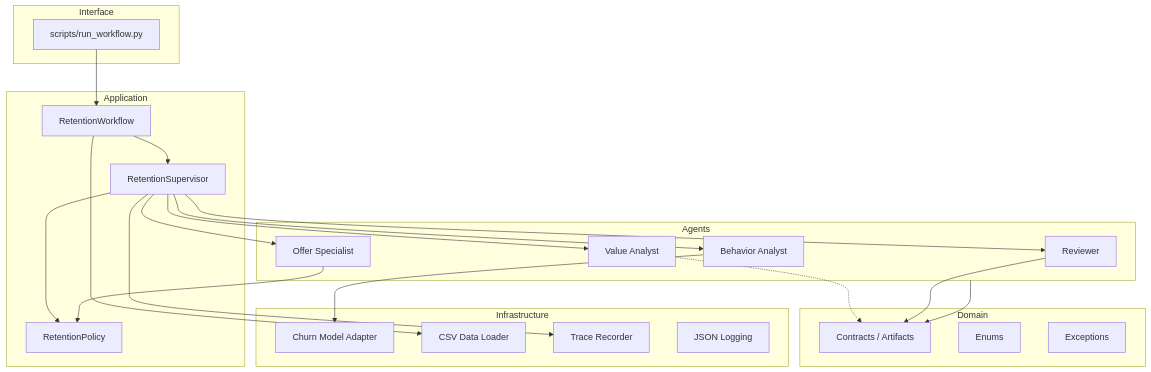
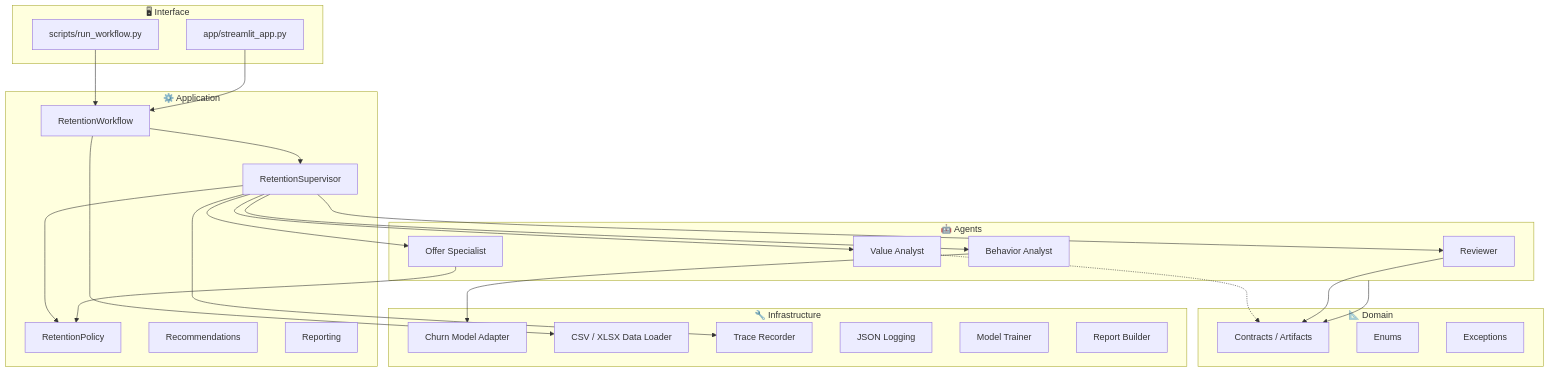
One commit to JoseDarioHernandez2/Stay_MultiAgent changed the first of 4 diagrams in README.md. Above: the diagram before and after it, drawn with Mermaid. The commit also changed other lines of this file and 1 other file, not shown here.

````diff
--- a/README.md
+++ b/README.md
@@ -31,38 +153,45 @@
 ```mermaid
 flowchart TD
-    subgraph interface[Interface]
-        CLI[scripts/run_workflow.py]
+    subgraph interface["🖥 Interface"]
+        CLI["scripts/run_workflow.py"]
+        UI["app/streamlit_app.py"]
     end
-    subgraph application[Application]
-        WF[RetentionWorkflow]
-        SUP[RetentionSupervisor]
-        POL[RetentionPolicy]
+    subgraph application["⚙️ Application"]
+        WF["RetentionWorkflow"]
+        SUP["RetentionSupervisor"]
+        POL["RetentionPolicy"]
+        REC["Recommendations"]
+        REP["Reporting"]
     end
-    subgraph agents[Agents]
-        BA[Behavior Analyst]
-        VA[Value Analyst]
-        OS[Offer Specialist]
-        RV[Reviewer]
+    subgraph agents["🤖 Agents"]
+        BA["Behavior Analyst"]
+        VA["Value Analyst"]
+        OS["Offer Specialist"]
+        RV["Reviewer"]
     end
-    subgraph domain[Domain]
-        CON[Contracts / Artifacts]
-        ENU[Enums]
-        EXC[Exceptions]
+    subgraph domain["📐 Domain"]
+        CON["Contracts / Artifacts"]
+        ENU["Enums"]
+        EXC["Exceptions"]
     end
-    subgraph infra[Infrastructure]
-        MODEL[Churn Model Adapter]
-        DATA[CSV Data Loader]
-        TRACE[Trace Recorder]
-        LOG[JSON Logging]
+    subgraph infra["🔧 Infrastructure"]
+        MODEL["Churn Model Adapter"]
+        DATA["CSV / XLSX Data Loader"]
+        TRACE["Trace Recorder"]
+        LOG["JSON Logging"]
+        TRAIN["Model Trainer"]
+        RBUILD["Report Builder"]
     end
-    CLI --> WF --> SUP
+    CLI --> WF
+    UI --> WF
+    WF --> SUP
     SUP --> BA & VA & OS & RV
     SUP --> POL
     BA --> MODEL
     VA -.-> CON
     OS --> POL
     RV --> CON
     WF --> DATA
     SUP --> TRACE
     agents --> CON
 ```
````
